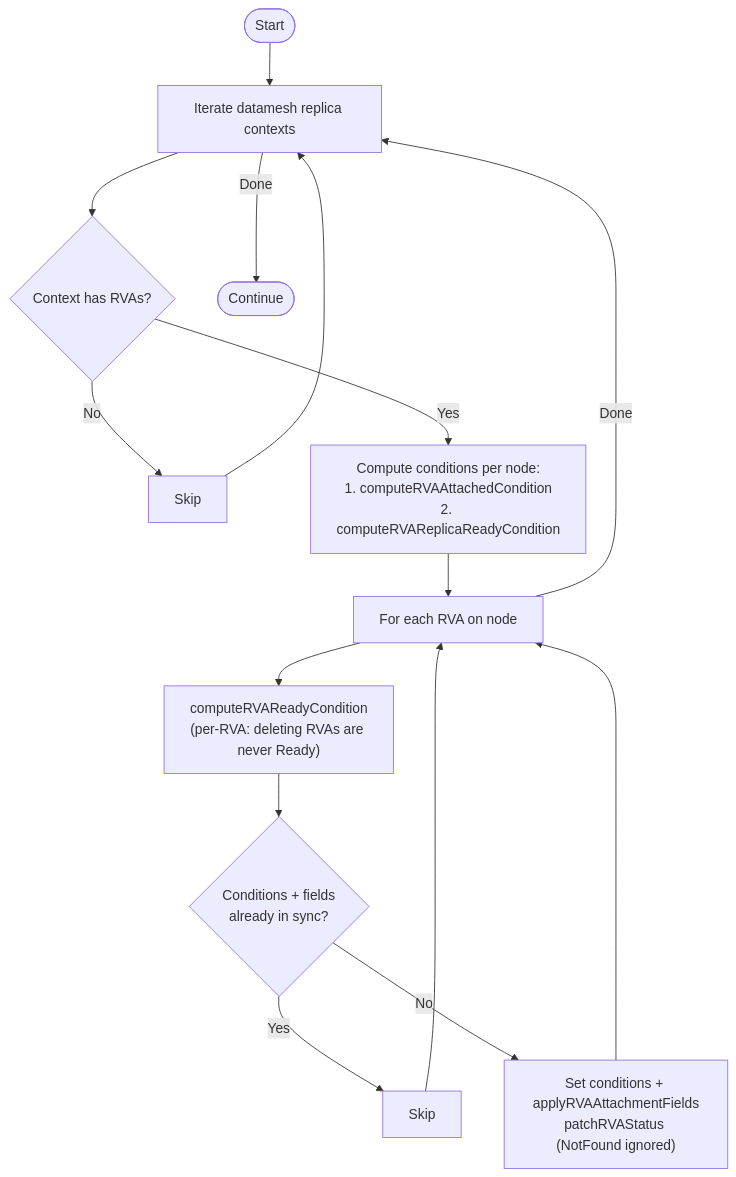
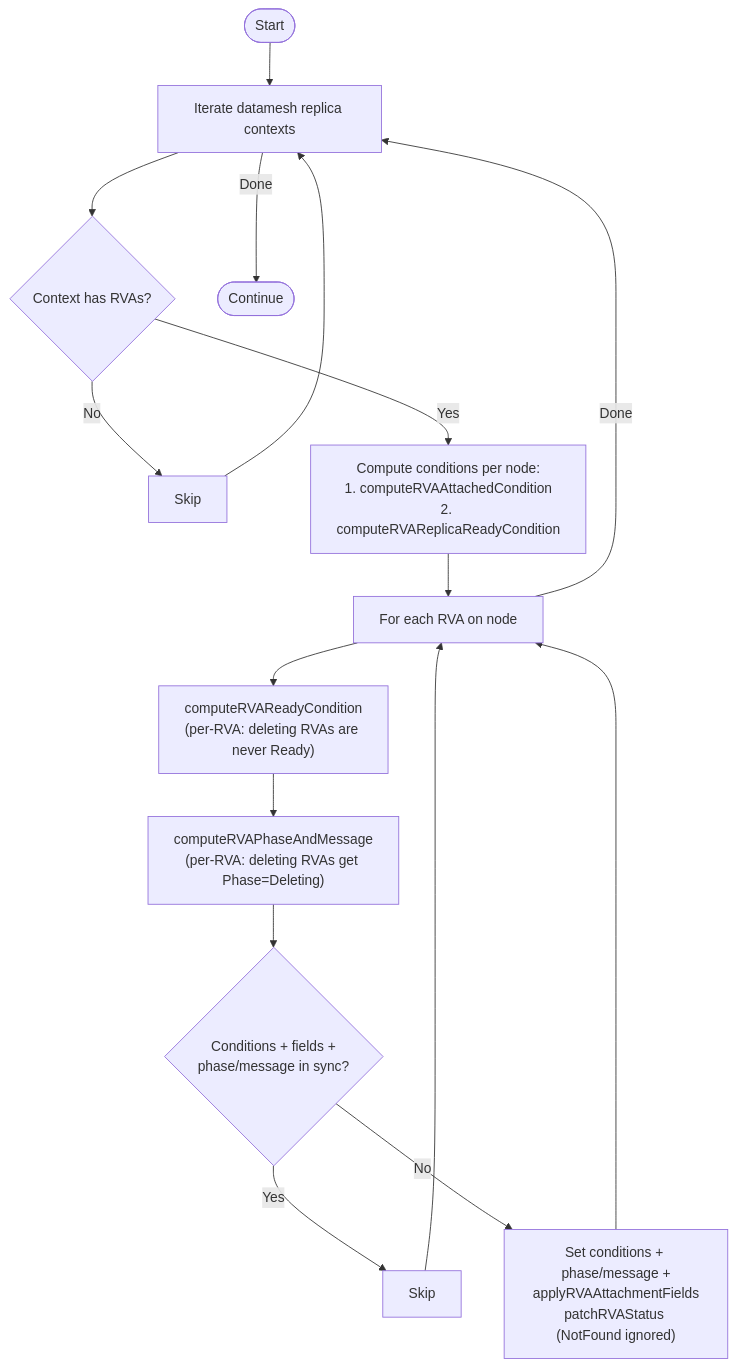
Before and after one commit to deckhouse/sds-replicated-volume: the eighth of 9 diagrams in images/controller/internal/controllers/rv_controller/README.md, drawn with Mermaid. The commit also changed other lines of this file and 6 other files, not shown here.

First line of the commit message:
[api/rva] Add phase and message status fields

````diff
--- a/images/controller/internal/controllers/rv_controller/README.md
+++ b/images/controller/internal/controllers/rv_controller/README.md
@@ -631,17 +647,18 @@
 ```mermaid
 flowchart TD
     Start([Start]) --> IterContexts["Iterate datamesh replica contexts"]
     IterContexts --> CheckRVAs{"Context has RVAs?"}
     CheckRVAs -->|No| SkipNode[Skip]
     CheckRVAs -->|Yes| ComputeConds["Compute conditions per node:<br/>1. computeRVAAttachedCondition<br/>2. computeRVAReplicaReadyCondition"]
     ComputeConds --> IterRVAs["For each RVA on node"]
     IterRVAs --> ComputeReady["computeRVAReadyCondition<br/>(per-RVA: deleting RVAs are never Ready)"]
-    ComputeReady --> CheckSync{"Conditions + fields<br/>already in sync?"}
+    ComputeReady --> ComputePhase["computeRVAPhaseAndMessage<br/>(per-RVA: deleting RVAs get Phase=Deleting)"]
+    ComputePhase --> CheckSync{"Conditions + fields +<br/>phase/message in sync?"}
     CheckSync -->|Yes| SkipRVA[Skip]
-    CheckSync -->|No| Patch["Set conditions + applyRVAAttachmentFields<br/>patchRVAStatus (NotFound ignored)"]
+    CheckSync -->|No| Patch["Set conditions + phase/message +<br/>applyRVAAttachmentFields<br/>patchRVAStatus (NotFound ignored)"]
     SkipRVA --> IterRVAs
     Patch --> IterRVAs
     IterRVAs -->|Done| IterContexts
     SkipNode --> IterContexts
     IterContexts -->|Done| End([Continue])
 ```
````
